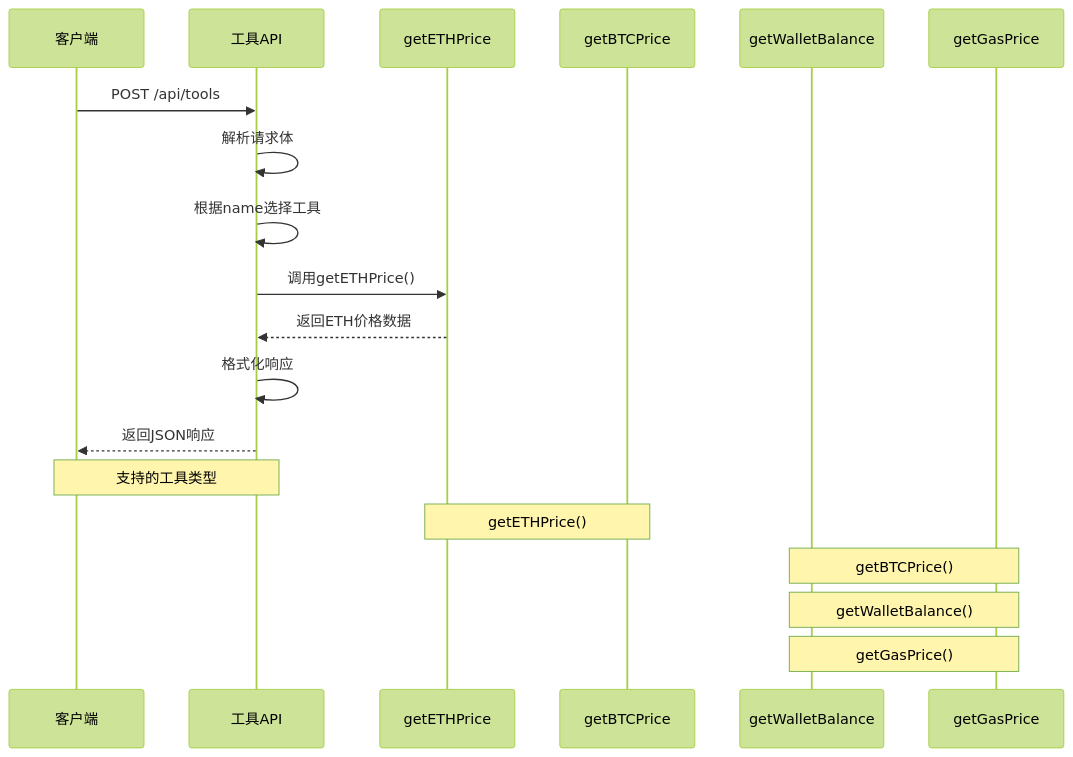
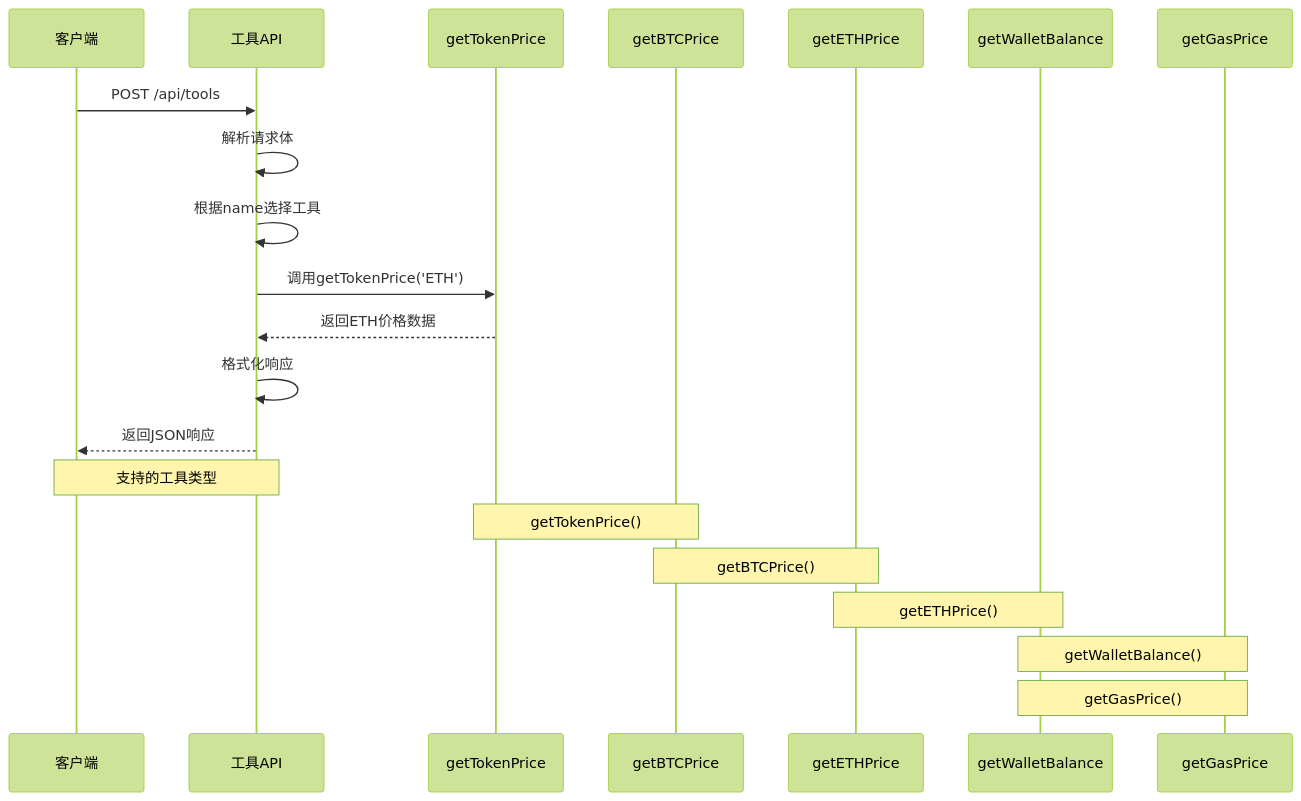
The seventh of 12 diagrams in .qoder/repowiki/zh/content/Web3工具集成/核心Web3工具实现/BTC价格查询工具.md (CryptoLinxu/Web3-AI-Agent), drawn with Mermaid (forest theme) before and after one commit. The commit also changed other lines of this file and 9 other files, not shown here.

````diff
--- a/.qoder/repowiki/zh/content/Web3工具集成/核心Web3工具实现/BTC价格查询工具.md
+++ b/.qoder/repowiki/zh/content/Web3工具集成/核心Web3工具实现/BTC价格查询工具.md
@@ -296,21 +318,23 @@
 ```mermaid
 sequenceDiagram
 participant Client as 客户端
 participant ToolsAPI as 工具API
-participant ETHPrice as getETHPrice
-participant BTCPrice as getBTCPrice
+participant getTokenPrice as getTokenPrice
+participant getBTCPrice as getBTCPrice
+participant getETHPrice as getETHPrice
 participant WalletBalance as getWalletBalance
 participant GasPrice as getGasPrice
 Client->>ToolsAPI : POST /api/tools
 ToolsAPI->>ToolsAPI : 解析请求体
 ToolsAPI->>ToolsAPI : 根据name选择工具
-ToolsAPI->>ETHPrice : 调用getETHPrice()
-ETHPrice-->>ToolsAPI : 返回ETH价格数据
+ToolsAPI->>getTokenPrice : 调用getTokenPrice('ETH')
+getTokenPrice-->>ToolsAPI : 返回ETH价格数据
 ToolsAPI->>ToolsAPI : 格式化响应
 ToolsAPI-->>Client : 返回JSON响应
 Note over Client,ToolsAPI : 支持的工具类型
-Note over ETHPrice,BTCPrice : getETHPrice()
-Note over WalletBalance,GasPrice : getBTCPrice()
+Note over getTokenPrice,getBTCPrice : getTokenPrice()
+Note over getBTCPrice,getETHPrice : getBTCPrice()
+Note over getETHPrice,WalletBalance : getETHPrice()
 Note over WalletBalance,GasPrice : getWalletBalance()
 Note over WalletBalance,GasPrice : getGasPrice()
 ```
````
